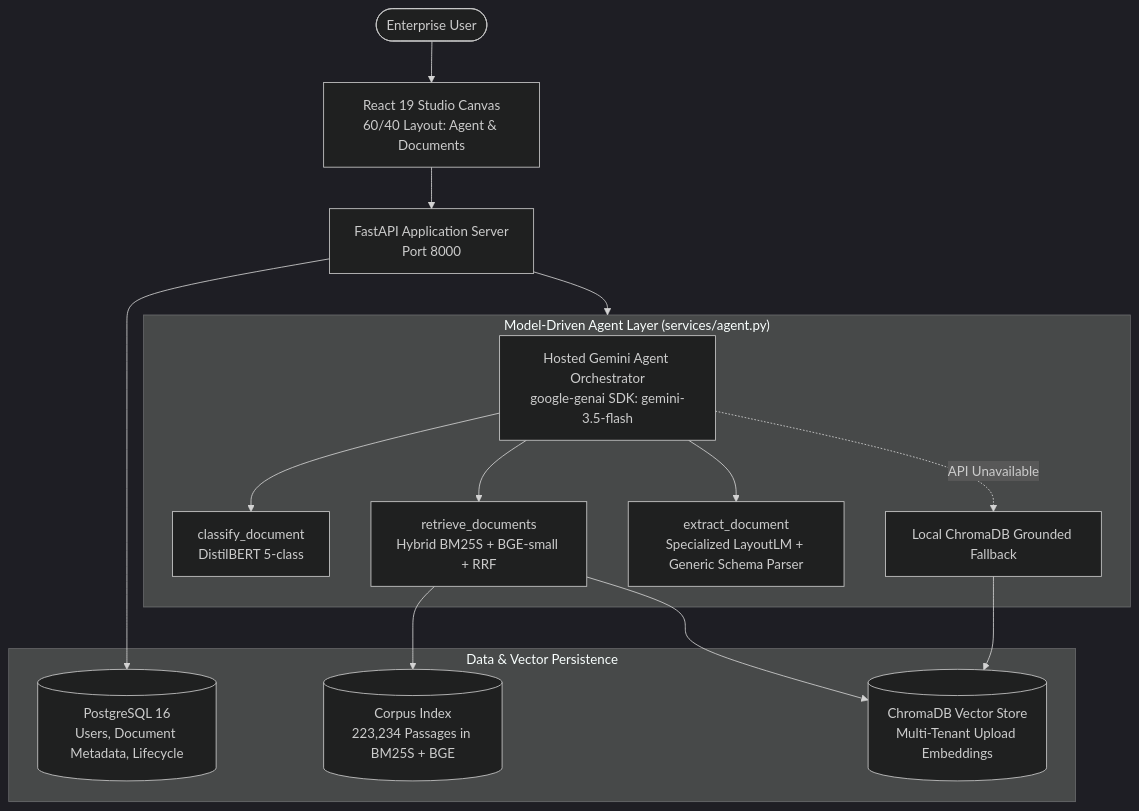
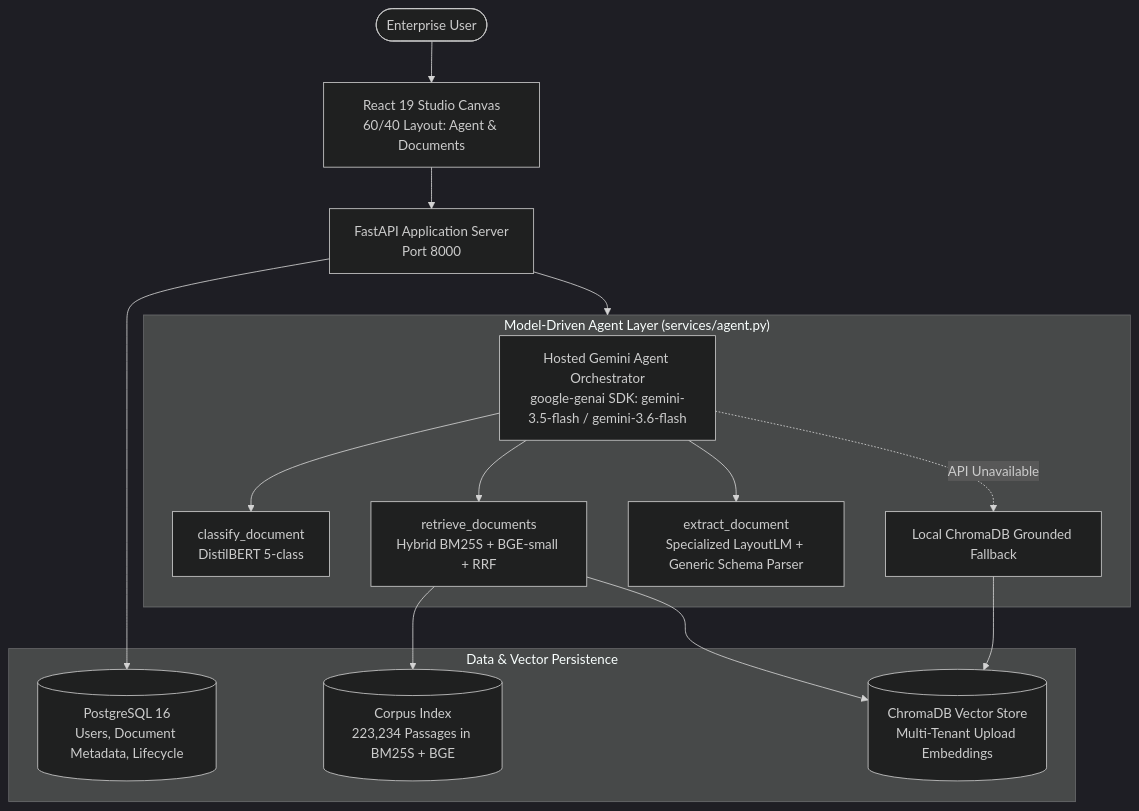
The diagram in README.md (SudeepKagi/DocuMind), drawn with Mermaid (dark theme) before and after one commit. The commit also changed other lines of this file, not shown here.

Commit message:
docs: update README with verified benchmark matrix, testing guide, and architectural specifications

````diff
--- a/README.md
+++ b/README.md
@@ -47,30 +63,30 @@
 ```mermaid
 flowchart TD
     User([Enterprise User]) --> UI[React 19 Studio Canvas<br/>60/40 Layout: Agent & Documents]
     UI --> API[FastAPI Application Server<br/>Port 8000]
     
     subgraph AgentEngine["Model-Driven Agent Layer (services/agent.py)"]
-        Agent[Hosted Gemini Agent Orchestrator<br/>google-genai SDK: gemini-3.5-flash]
+        Agent[Hosted Gemini Agent Orchestrator<br/>google-genai SDK: gemini-3.5-flash / gemini-3.6-flash]
         Tool1[classify_document<br/>DistilBERT 5-class]
         Tool2[retrieve_documents<br/>Hybrid BM25S + BGE-small + RRF]
         Tool3[extract_document<br/>Specialized LayoutLM + Generic Schema Parser]
         Fallback[Local ChromaDB Grounded Fallback]
         
         Agent --> Tool1
         Agent --> Tool2
         Agent --> Tool3
         Agent -. API Unavailable .-> Fallback
     end
     
     subgraph PersistenceLayer["Data & Vector Persistence"]
         PG[(PostgreSQL 16<br/>Users, Document Metadata, Lifecycle)]
         ChromaStore[(ChromaDB Vector Store<br/>Multi-Tenant Upload Embeddings)]
         CorpusIndex[(Corpus Index<br/>223,234 Passages in BM25S + BGE)]
     end
     
     API --> AgentEngine
     API --> PG
     Tool2 --> CorpusIndex
     Tool2 --> ChromaStore
     Fallback --> ChromaStore
 ```
````
